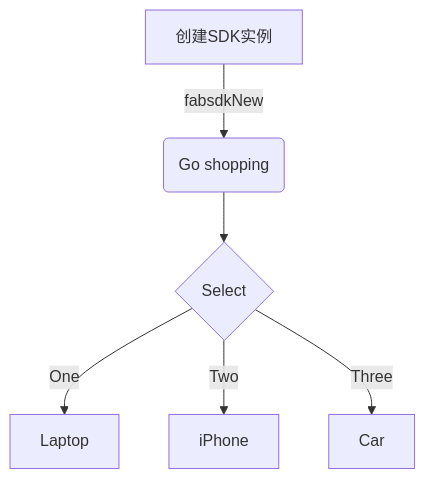
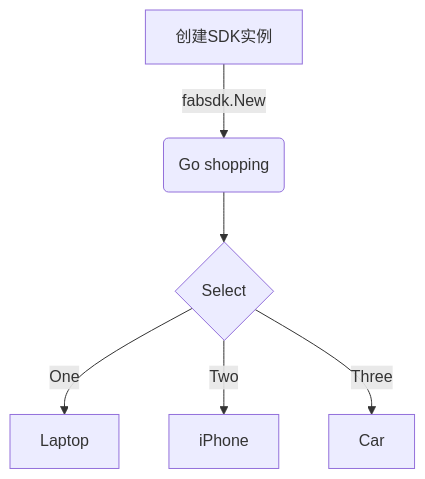
Before and after one commit to Utekichan/iodraw-files: the diagram in all/未命名.md, drawn with Mermaid.

Commit message:
2024-03-30 22:00:35 update

````diff
--- a/all/未命名.md
+++ b/all/未命名.md
@@ -1,9 +1,9 @@
 ```mermaid
 graph TD
-    A[创建SDK实例] -->|fabsdkNew| B(Go shopping)
+    A[创建SDK实例] -->|fabsdk.New| B(Go shopping)
     B --> C{Select}
     C -->|One| D[Laptop]
     C -->|Two| E[iPhone]
     C -->|Three| F[Car]
   
 ```
````
